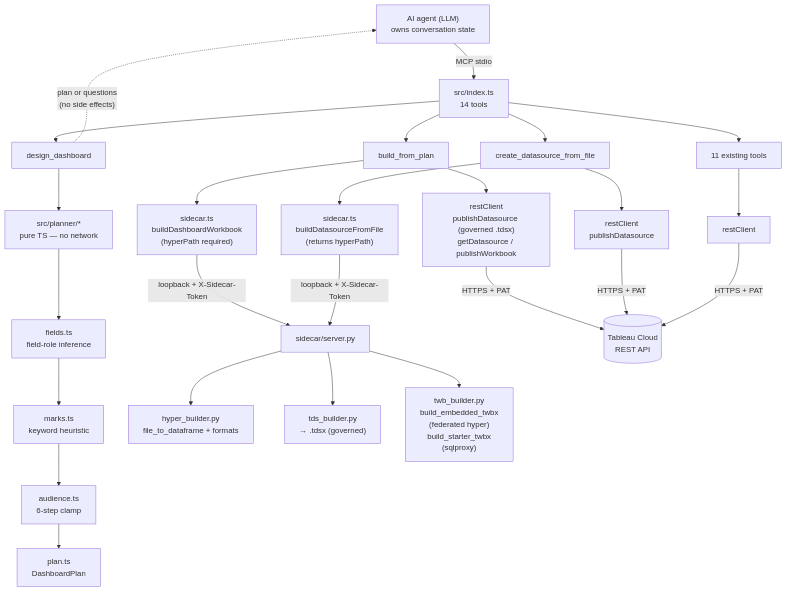
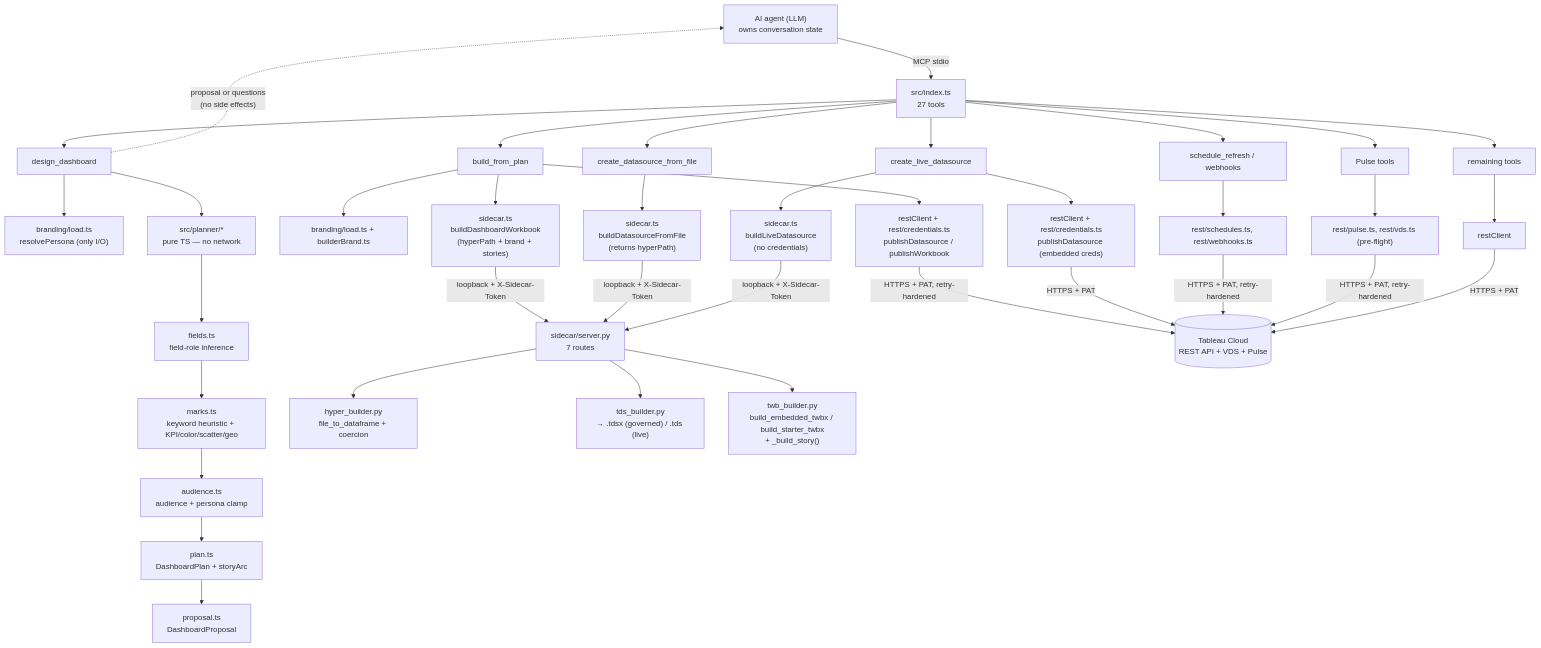
The diagram in docs/architecture.md (SebAustin/tableau-mcp-publish), drawn with Mermaid before and after one commit. The commit also changed other lines of this file and 15 other files, not shown here.

First line of the commit message:
docs: vibe-BI docs refresh — 27 tools, ADRs 0006-0012, runbook (E5)

````diff
--- a/docs/architecture.md
+++ b/docs/architecture.md
@@ -141,32 +303,44 @@
 ```mermaid
 flowchart TD
-    Agent["AI agent (LLM)\nowns conversation state"] -- "MCP stdio" --> Index["src/index.ts\n14 tools"]
+    Agent["AI agent (LLM)\nowns conversation state"] -- "MCP stdio" --> Index["src/index.ts\n27 tools"]
 
     Index --> CDF["create_datasource_from_file"]
+    Index --> CLD["create_live_datasource"]
     Index --> DD["design_dashboard"]
     Index --> BFP["build_from_plan"]
-    Index --> Other["11 existing tools"]
+    Index --> SCH["schedule_refresh / webhooks"]
+    Index --> PUL["Pulse tools"]
+    Index --> Other["remaining tools"]
 
+    DD --> Brand1["branding/load.ts\nresolvePersona (only I/O)"]
     DD --> Planner["src/planner/*\npure TS — no network"]
     Planner --> Fields["fields.ts\nfield-role inference"]
-    Fields --> Marks["marks.ts\nkeyword heuristic"]
-    Marks --> Audience["audience.ts\n6-step clamp"]
-    Audience --> Plan["plan.ts\nDashboardPlan"]
-    DD -. "plan or questions\n(no side effects)" .-> Agent
+    Fields --> Marks["marks.ts\nkeyword heuristic + KPI/color/scatter/geo"]
+    Marks --> Audience["audience.ts\naudience + persona clamp"]
+    Audience --> Plan["plan.ts\nDashboardPlan + storyArc"]
+    Plan --> Proposal["proposal.ts\nDashboardProposal"]
+    DD -. "proposal or questions\n(no side effects)" .-> Agent
 
-    BFP --> SC["sidecar.ts\nbuildDashboardWorkbook\n(hyperPath required)"]
+    BFP --> Brand2["branding/load.ts + builderBrand.ts"]
+    BFP --> SC["sidecar.ts\nbuildDashboardWorkbook\n(hyperPath + brand + stories)"]
     CDF --> SC2["sidecar.ts\nbuildDatasourceFromFile\n(returns hyperPath)"]
-    SC  -- "loopback + X-Sidecar-Token" --> Server["sidecar/server.py"]
+    CLD --> SC3["sidecar.ts\nbuildLiveDatasource\n(no credentials)"]
+    SC  -- "loopback + X-Sidecar-Token" --> Server["sidecar/server.py\n7 routes"]
     SC2 -- "loopback + X-Sidecar-Token" --> Server
+    SC3 -- "loopback + X-Sidecar-Token" --> Server
 
-    Server --> Hyper["hyper_builder.py\nfile_to_dataframe + formats"]
-    Server --> Tds["tds_builder.py\n→ .tdsx (governed)"]
-    Server --> Twb["twb_builder.py\nbuild_embedded_twbx\n(federated hyper)\nbuild_starter_twbx\n(sqlproxy)"]
+    Server --> Hyper["hyper_builder.py\nfile_to_dataframe + coercion"]
+    Server --> Tds["tds_builder.py\n→ .tdsx (governed) / .tds (live)"]
+    Server --> Twb["twb_builder.py\nbuild_embedded_twbx / build_starter_twbx\n+ _build_story()"]
 
-    BFP  --> Rest1["restClient\npublishDatasource (governed .tdsx)\ngetDatasource / publishWorkbook"]
-    CDF  --> Rest2["restClient\npublishDatasource"]
+    BFP  --> Rest1["restClient + rest/credentials.ts\npublishDatasource / publishWorkbook"]
+    CLD  --> Rest4["restClient + rest/credentials.ts\npublishDatasource (embedded creds)"]
+    SCH  --> Rest5["rest/schedules.ts, rest/webhooks.ts"]
+    PUL  --> Rest6["rest/pulse.ts, rest/vds.ts (pre-flight)"]
     Other --> Rest3["restClient"]
-    Rest1 -- "HTTPS + PAT" --> Cloud[("Tableau Cloud\nREST API")]
-    Rest2 -- "HTTPS + PAT" --> Cloud
+    Rest1 -- "HTTPS + PAT, retry-hardened" --> Cloud[("Tableau Cloud\nREST API + VDS + Pulse")]
+    Rest4 -- "HTTPS + PAT" --> Cloud
+    Rest5 -- "HTTPS + PAT, retry-hardened" --> Cloud
+    Rest6 -- "HTTPS + PAT, retry-hardened" --> Cloud
     Rest3 -- "HTTPS + PAT" --> Cloud
 ```
````
